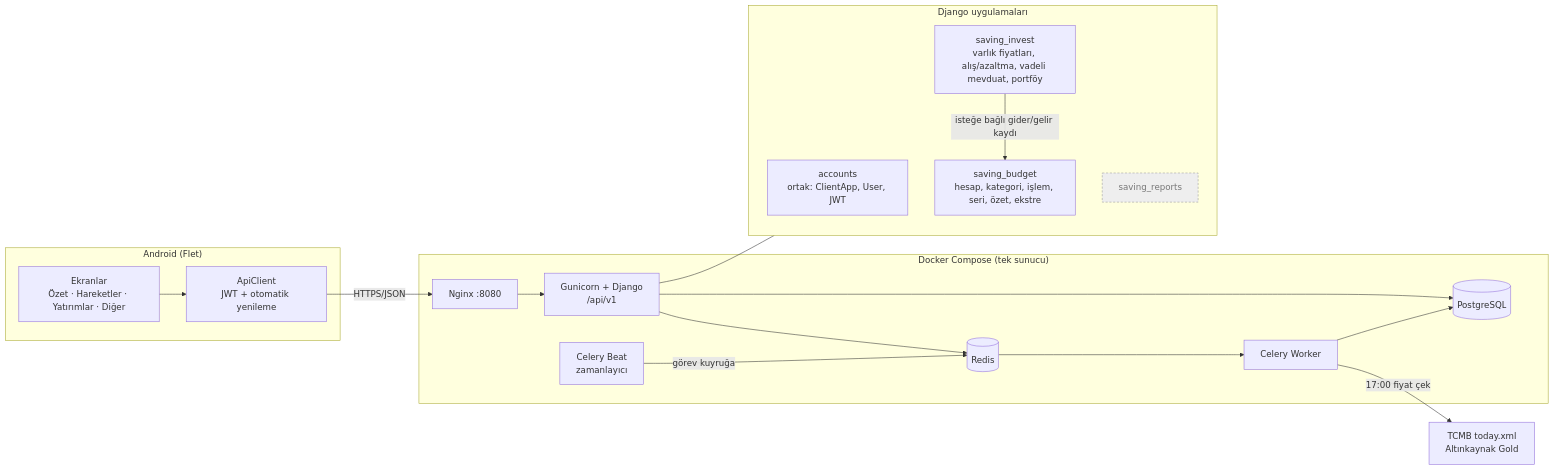
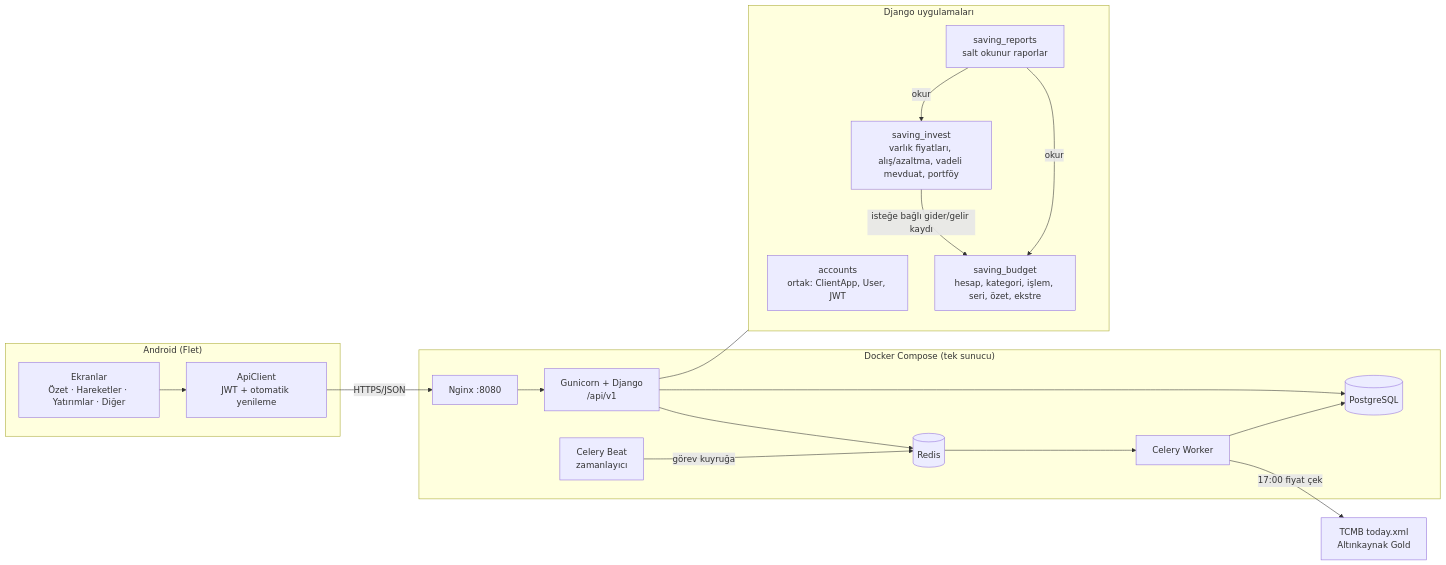
Before and after one commit to anilcelik0/saving: the first of 11 diagrams in docs/FLOW.md, drawn with Mermaid. The commit also changed other lines of this file and 10 other files, not shown here.

````diff
--- a/docs/FLOW.md
+++ b/docs/FLOW.md
@@ -12,38 +12,40 @@
 ```mermaid
 flowchart LR
     subgraph Mobil["Android (Flet)"]
         UI[Ekranlar<br/>Özet · Hareketler · Yatırımlar · Diğer]
         API[ApiClient<br/>JWT + otomatik yenileme]
         UI --> API
     end
 
     subgraph Sunucu["Docker Compose (tek sunucu)"]
         NGINX[Nginx :8080]
         WEB[Gunicorn + Django<br/>/api/v1]
         DB[(PostgreSQL)]
         REDIS[(Redis)]
         BEAT[Celery Beat<br/>zamanlayıcı]
         WORKER[Celery Worker]
 
         NGINX --> WEB
         WEB --> DB
         WEB --> REDIS
         BEAT -->|görev kuyruğa| REDIS
         REDIS --> WORKER
         WORKER --> DB
     end
 
     API -->|HTTPS/JSON| NGINX
 
     subgraph Apps["Django uygulamaları"]
         ACC[accounts<br/>ortak: ClientApp, User, JWT]
         BUD[saving_budget<br/>hesap, kategori, işlem, seri, özet, ekstre]
         INV[saving_invest<br/>varlık fiyatları, alış/azaltma, vadeli mevduat, portföy]
-        REP[saving_reports]:::todo
+        REP[saving_reports<br/>salt okunur raporlar]
     end
     WEB --- Apps
     INV -->|isteğe bağlı gider/gelir kaydı| BUD
+    REP -->|okur| BUD
+    REP -->|okur| INV
     WORKER -->|17:00 fiyat çek| EXT[TCMB today.xml<br/>Altınkaynak Gold]
 
     classDef todo fill:#eee,stroke:#999,stroke-dasharray:4 3,color:#777
 ```
````
